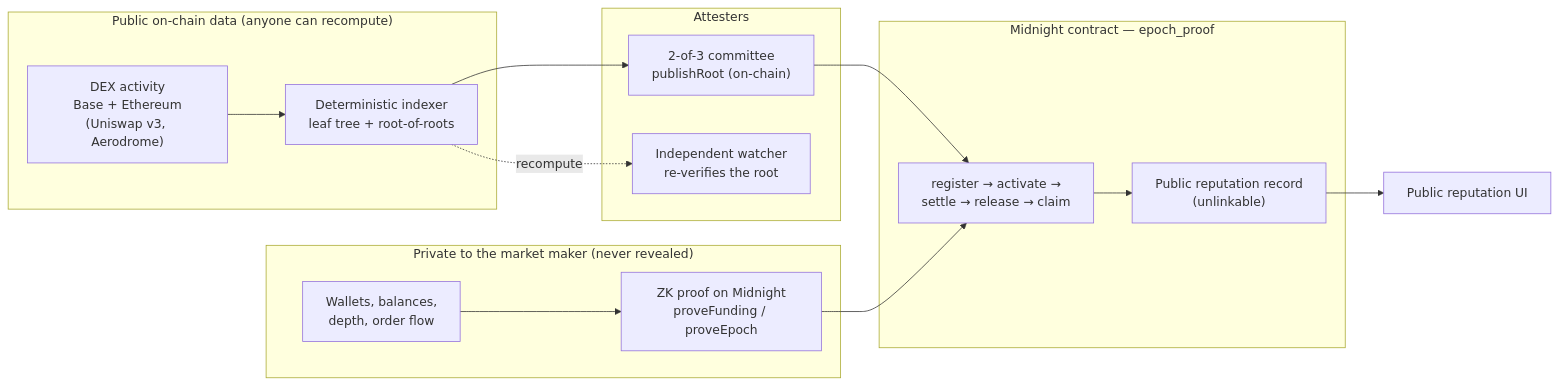
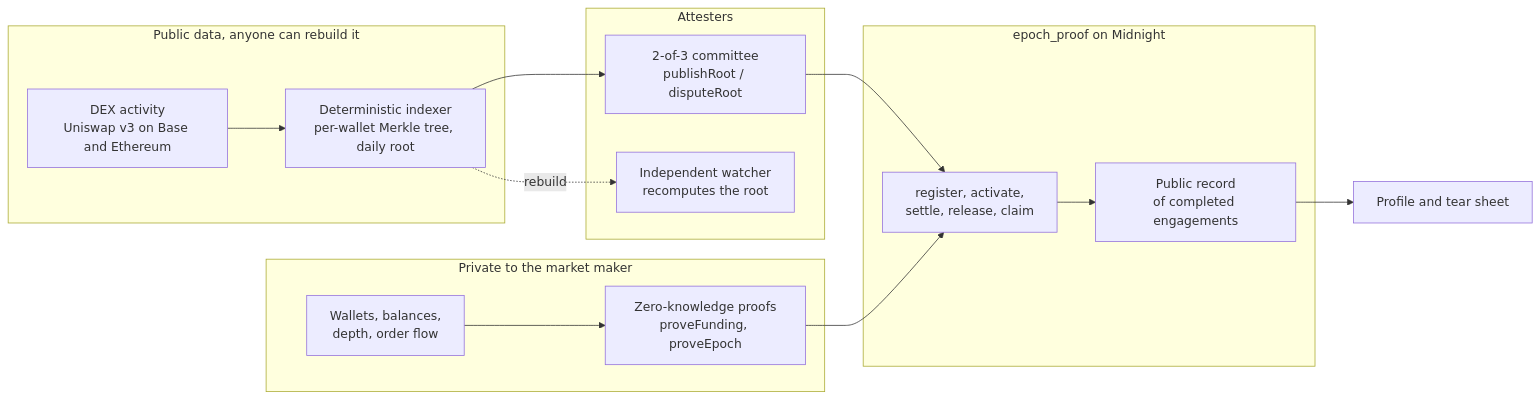
Before and after one commit to ronniethedevv/bonafide-v2: the diagram in README.md, drawn with Mermaid. The commit also changed other lines of this file and 65 other files, not shown here.

````diff
--- a/README.md
+++ b/README.md
@@ -48,19 +116,19 @@
 ```mermaid
 flowchart LR
-  subgraph pub["Public on-chain data (anyone can recompute)"]
-    DEX["DEX activity<br/>Base + Ethereum<br/>(Uniswap v3, Aerodrome)"] --> IDX["Deterministic indexer<br/>leaf tree + root-of-roots"]
+  subgraph pub["Public data, anyone can rebuild it"]
+    DEX["DEX activity<br/>Uniswap v3 on Base and Ethereum"] --> IDX["Deterministic indexer<br/>per-wallet Merkle tree, daily root"]
   end
   subgraph att["Attesters"]
-    IDX --> PUB["2-of-3 committee<br/>publishRoot (on-chain)"]
-    IDX -. recompute .-> W["Independent watcher<br/>re-verifies the root"]
+    IDX --> PUB["2-of-3 committee<br/>publishRoot / disputeRoot"]
+    IDX -. rebuild .-> W["Independent watcher<br/>recomputes the root"]
   end
-  subgraph priv["Private to the market maker (never revealed)"]
-    MM["Wallets, balances,<br/>depth, order flow"] --> ZK["ZK proof on Midnight<br/>proveFunding / proveEpoch"]
+  subgraph priv["Private to the market maker"]
+    MM["Wallets, balances,<br/>depth, order flow"] --> ZK["Zero-knowledge proofs<br/>proveFunding, proveEpoch"]
   end
   PUB --> C
   ZK --> C
-  subgraph mid["Midnight contract — epoch_proof"]
-    C["register → activate →<br/>settle → release → claim"] --> REC["Public reputation record<br/>(unlinkable)"]
+  subgraph mid["epoch_proof on Midnight"]
+    C["register, activate,<br/>settle, release, claim"] --> REC["Public record<br/>of completed engagements"]
   end
-  REC --> UI["Public reputation UI"]
+  REC --> UI["Profile and tear sheet"]
 ```
````
